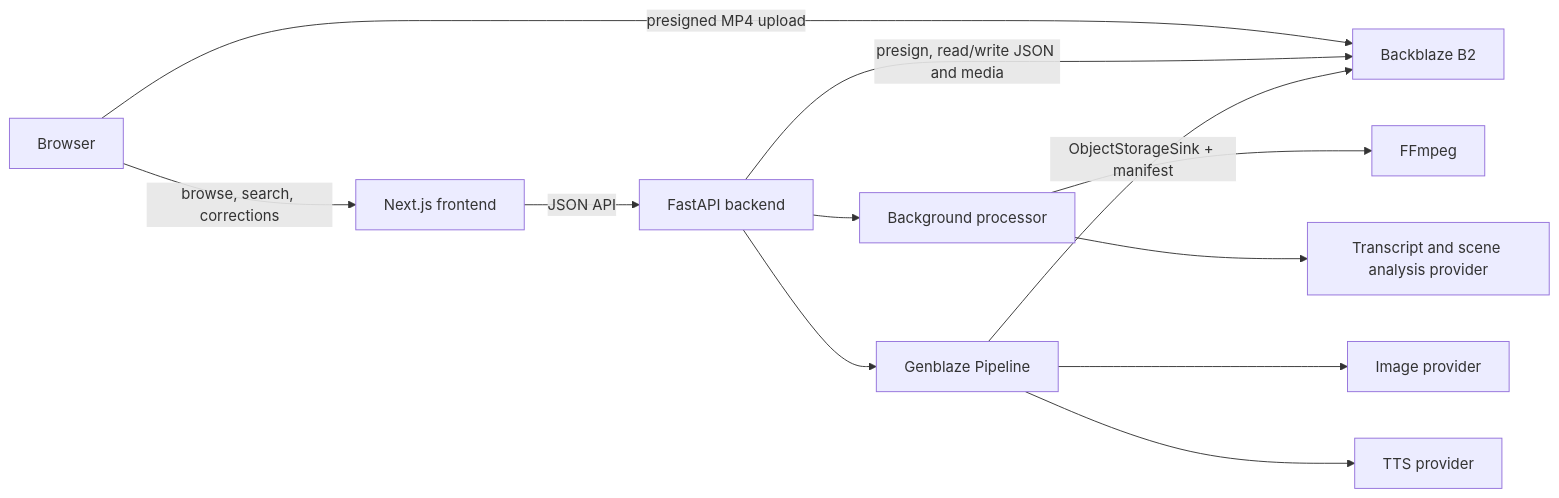
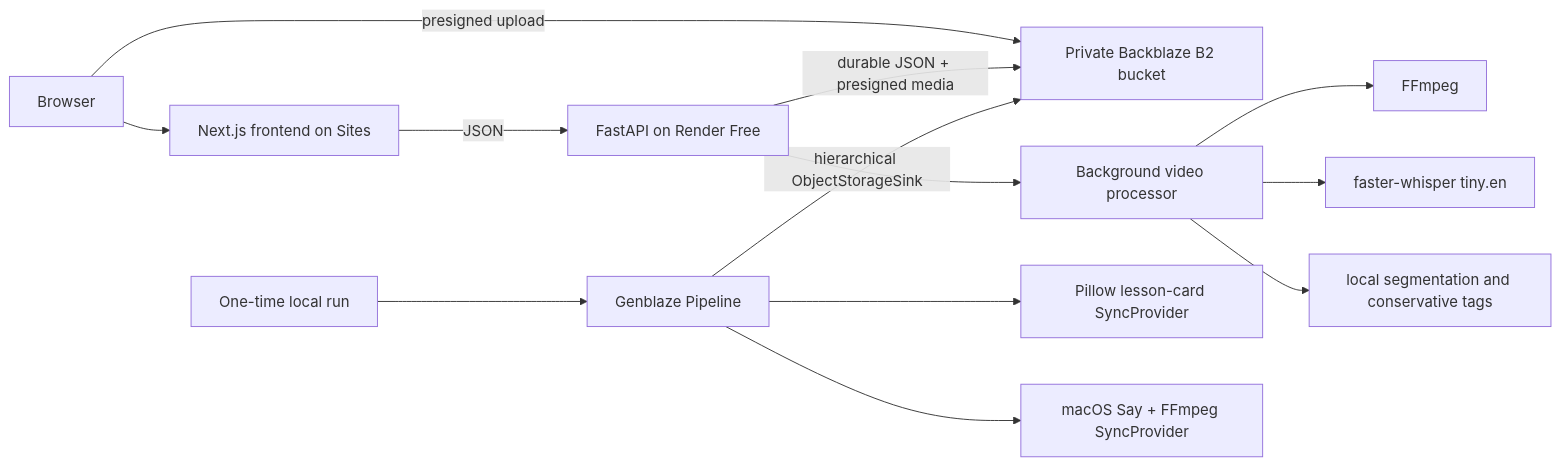
One commit to MarieChantal1998/AARchive changed the diagram in ARCHITECTURE.md. Above: the diagram before and after it, drawn with Mermaid. The commit also changed other lines of this file and 14 other files, not shown here.

````diff
--- a/ARCHITECTURE.md
+++ b/ARCHITECTURE.md
@@ -3,14 +3,15 @@
 ```mermaid
 flowchart LR
-    U["Browser"] -->|"browse, search, corrections"| F["Next.js frontend"]
-    U -->|"presigned MP4 upload"| B2["Backblaze B2"]
-    F -->|"JSON API"| API["FastAPI backend"]
-    API -->|"presign, read/write JSON and media"| B2
-    API --> W["Background processor"]
+    U["Browser"] --> F["Next.js frontend on Sites"]
+    U -->|"presigned upload"| B2["Private Backblaze B2 bucket"]
+    F -->|"JSON"| API["FastAPI on Render Free"]
+    API -->|"durable JSON + presigned media"| B2
+    API --> W["Background video processor"]
     W --> FF["FFmpeg"]
-    W --> AI["Transcript and scene analysis provider"]
-    API --> G["Genblaze Pipeline"]
-    G --> IMG["Image provider"]
-    G --> TTS["TTS provider"]
-    G -->|"ObjectStorageSink + manifest"| B2
+    W --> STT["faster-whisper tiny.en"]
+    W --> LocalAnalysis["local segmentation and conservative tags"]
+    LocalRun["One-time local run"] --> G["Genblaze Pipeline"]
+    G --> IMG["Pillow lesson-card SyncProvider"]
+    G --> TTS["macOS Say + FFmpeg SyncProvider"]
+    G -->|"hierarchical ObjectStorageSink"| B2
 ```
````
